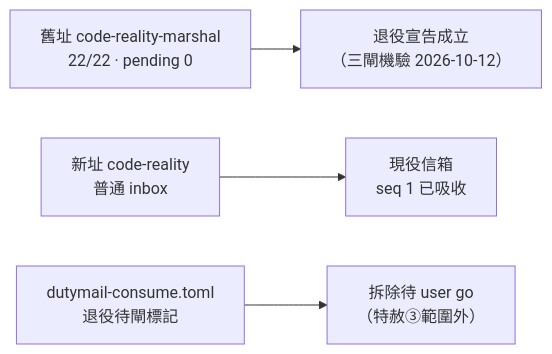
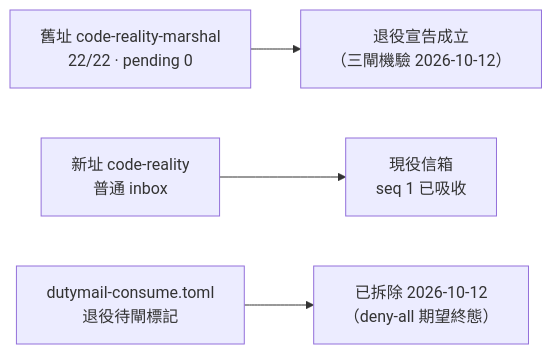
The second of 2 diagrams in backlog/tasks/cr-8 - AIR-312-信箱慣例遷移對接——本-repo-盤點與退役前置.md (ChiahungTai/code-reality), drawn with Mermaid before and after one commit. The commit also changed other lines of this file and 1 other file, not shown here.

First line of the commit message:
chore(governance): AIR-312 退役收尾——dutymail-consume.toml 拆除（CR-8 殘餘閉環）

````diff
--- a/backlog/tasks/cr-8 - AIR-312-信箱慣例遷移對接——本-repo-盤點與退役前置.md
+++ b/backlog/tasks/cr-8 - AIR-312-信箱慣例遷移對接——本-repo-盤點與退役前置.md
@@ -85,6 +85,6 @@
 ```mermaid
 flowchart LR
     OLD["舊址 code-reality-marshal<br/>22/22 · pending 0"] --> RET["退役宣告成立<br/>（三閘機驗 2026-10-12）"]
     NEW["新址 code-reality<br/>普通 inbox"] --> LIVE["現役信箱<br/>seq 1 已吸收"]
-    CFG["dutymail-consume.toml<br/>退役待閘標記"] --> RM["拆除待 user go<br/>（特赦③範圍外）"]
+    CFG["dutymail-consume.toml<br/>退役待閘標記"] --> RM["已拆除 2026-10-12<br/>（deny-all 期望終態）"]
 ```
````
